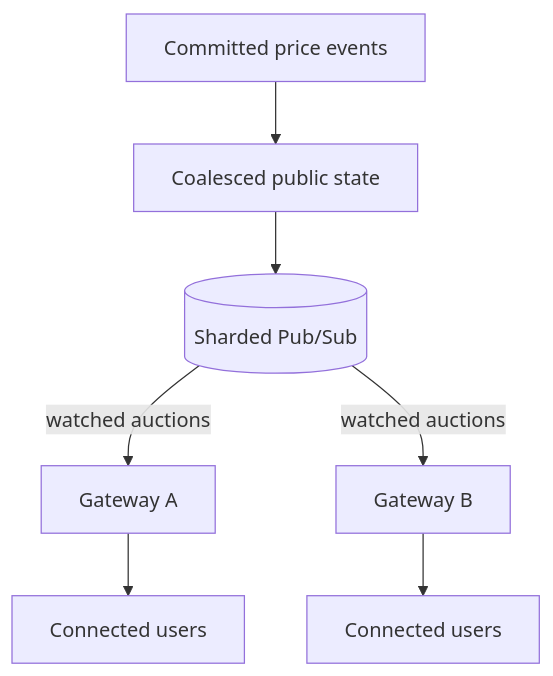
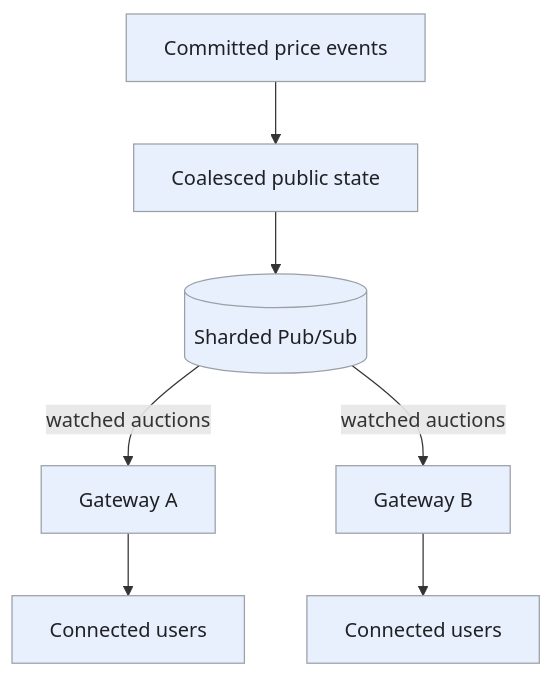
One commit to iliazlobin/iliazlobin.github.io changed the third of 4 diagrams in _designs/online-auction.md. Above: the diagram before and after it, drawn with Mermaid. The commit also changed other lines of this file and 20 other files, not shown here.

Commit message:
Improve design flows, tradeoffs, and technology references

````diff
--- a/_designs/online-auction.md
+++ b/_designs/online-auction.md
@@ -237,9 +282,13 @@
 ```mermaid
 flowchart TB
   F[Committed price events] --> B[Coalesced public state]
   B --> P[(Sharded Pub/Sub)]
   P -->|watched auctions| A[Gateway A]
   P -->|watched auctions| C[Gateway B]
   A --> UA[Connected users]
   C --> UB[Connected users]
+  classDef request fill:#e8f0fe,stroke:#9aa0a6,color:#202124,stroke-width:1px
+  classDef background fill:#e6f4ea,stroke:#9aa0a6,color:#202124,stroke-width:1px
+  classDef control fill:#fef7e0,stroke:#9aa0a6,color:#202124,stroke-width:1px
+  class F,B,P,A,C,UA,UB request
 ```
````
